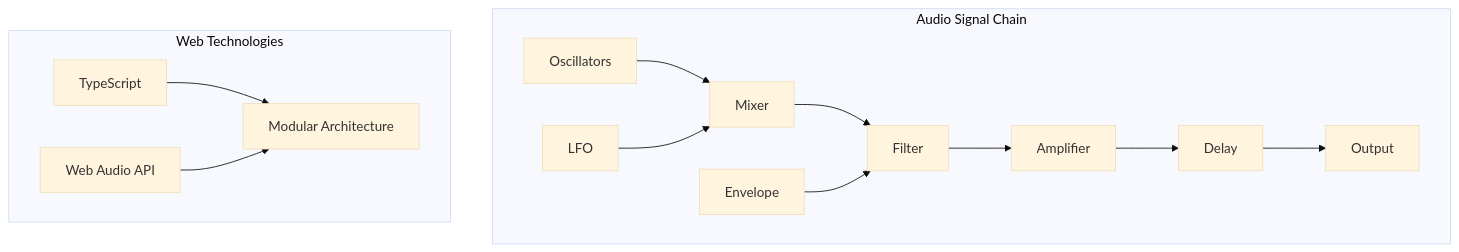
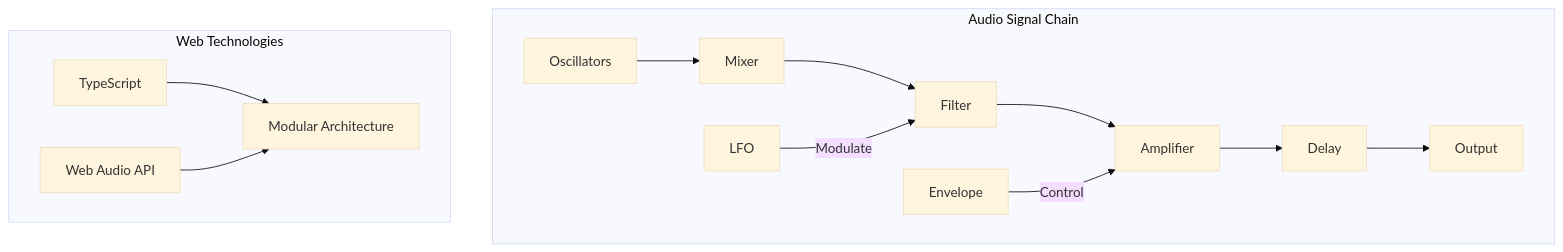
Before and after one commit to Macavitymadcap/web-synth: the first of 4 diagrams in docs/8-architecture-chapter.md, drawn with Mermaid (base theme). The commit also changed 2 other files, not shown here.

Commit message:
docs: refining oscillators

````diff
--- a/docs/8-architecture-chapter.md
+++ b/docs/8-architecture-chapter.md
@@ -9,17 +9,17 @@
 ```mermaid
 flowchart TD
     subgraph Audio Signal Chain
     OSC[Oscillators] --> MIX[Mixer]
-    LFO[LFO] --> MIX
     MIX --> FILT[Filter]
-    ENV[Envelope] --> FILT
+    LFO[LFO] -->|Modulate| FILT
     FILT --> AMP[Amplifier]
+    ENV[Envelope] -->|Control| AMP
     AMP --> DELAY[Delay]
     DELAY --> OUT[Output]
     end
 
     subgraph Web Technologies
     TS[TypeScript] --> ARCH[Modular Architecture]
     WEBAUDIO[Web Audio API] --> ARCH
     end
 ```
````
